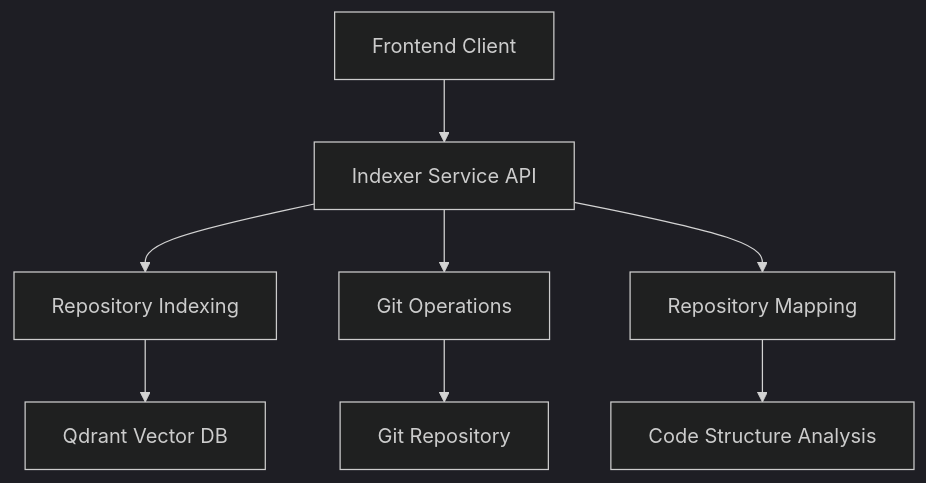
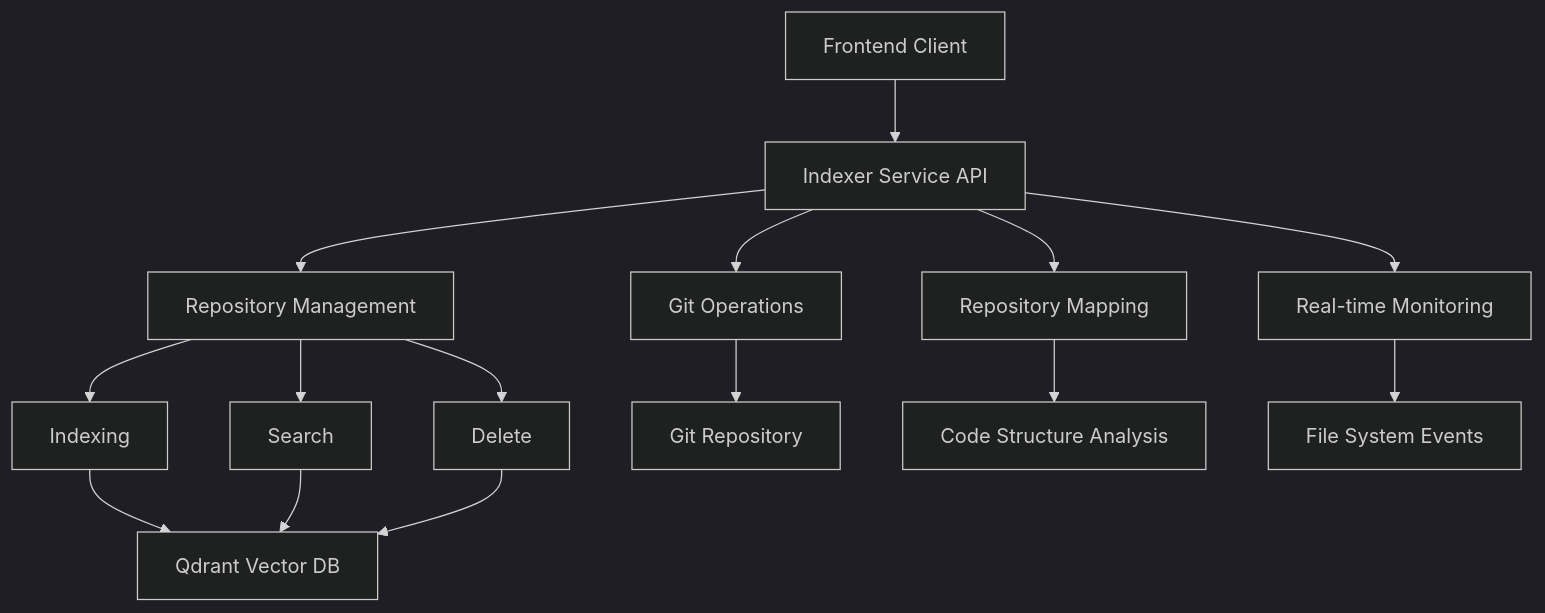
The first of 3 diagrams in Indexer-Documentation.md (tranquilo12/woolly), drawn with Mermaid (dark theme) before and after one commit. The commit also changed other lines of this file and 8 other files, not shown here.

````diff
--- a/Indexer-Documentation.md
+++ b/Indexer-Documentation.md
@@ -11,10 +12,20 @@
 ```mermaid
 graph TB
     A[Frontend Client] --> B[Indexer Service API]
-    B --> C[Repository Indexing]
+    B --> C[Repository Management]
     B --> D[Git Operations]
     B --> E[Repository Mapping]
-    C --> F[Qdrant Vector DB]
-    D --> G[Git Repository]
-    E --> H[Code Structure Analysis]
+    B --> F[Real-time Monitoring]
+
+    C --> G[Indexing]
+    C --> H[Search]
+    C --> I[Delete]
+
+    G --> J[Qdrant Vector DB]
+    H --> J
+    I --> J
+
+    D --> K[Git Repository]
+    E --> L[Code Structure Analysis]
+    F --> M[File System Events]
 ```
````
